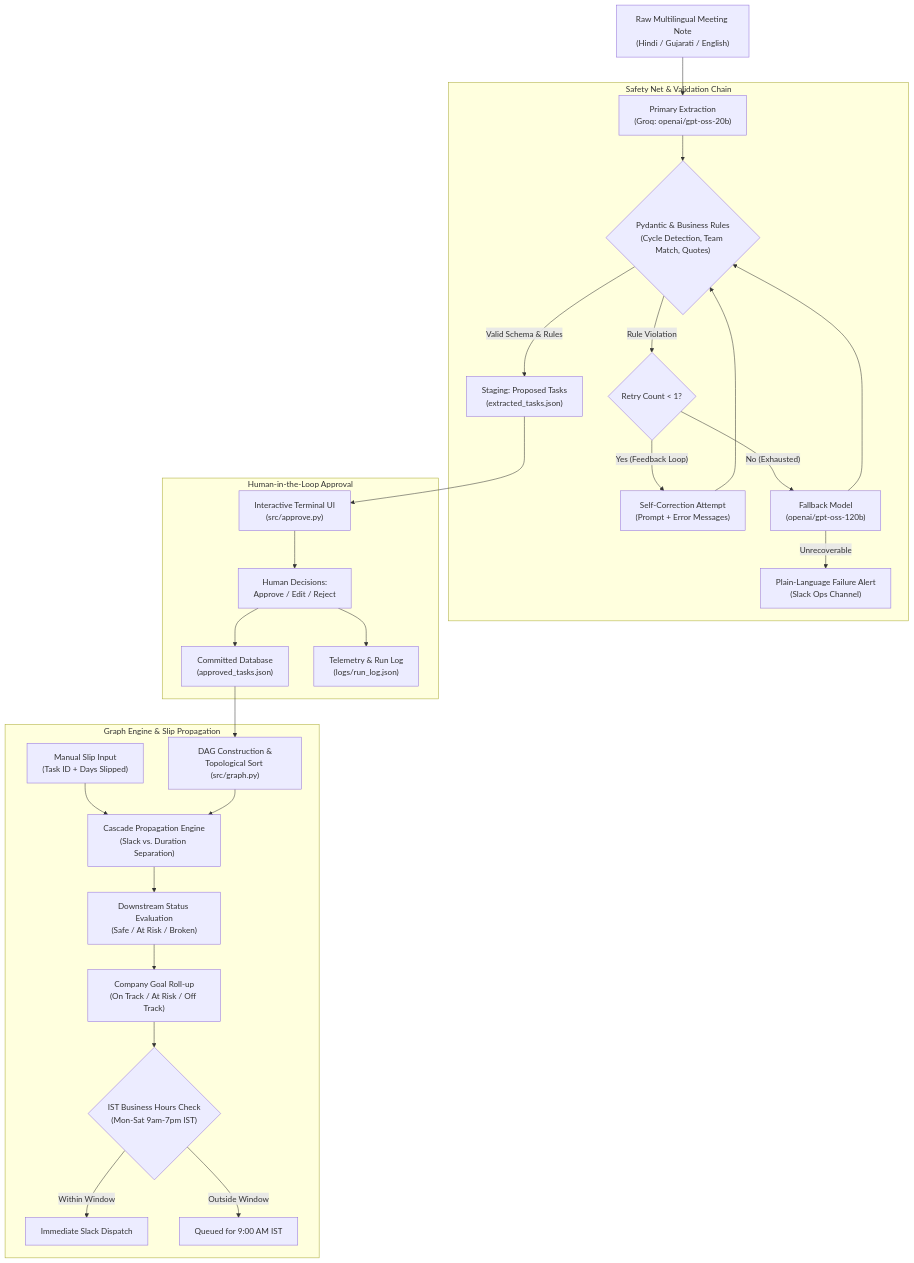
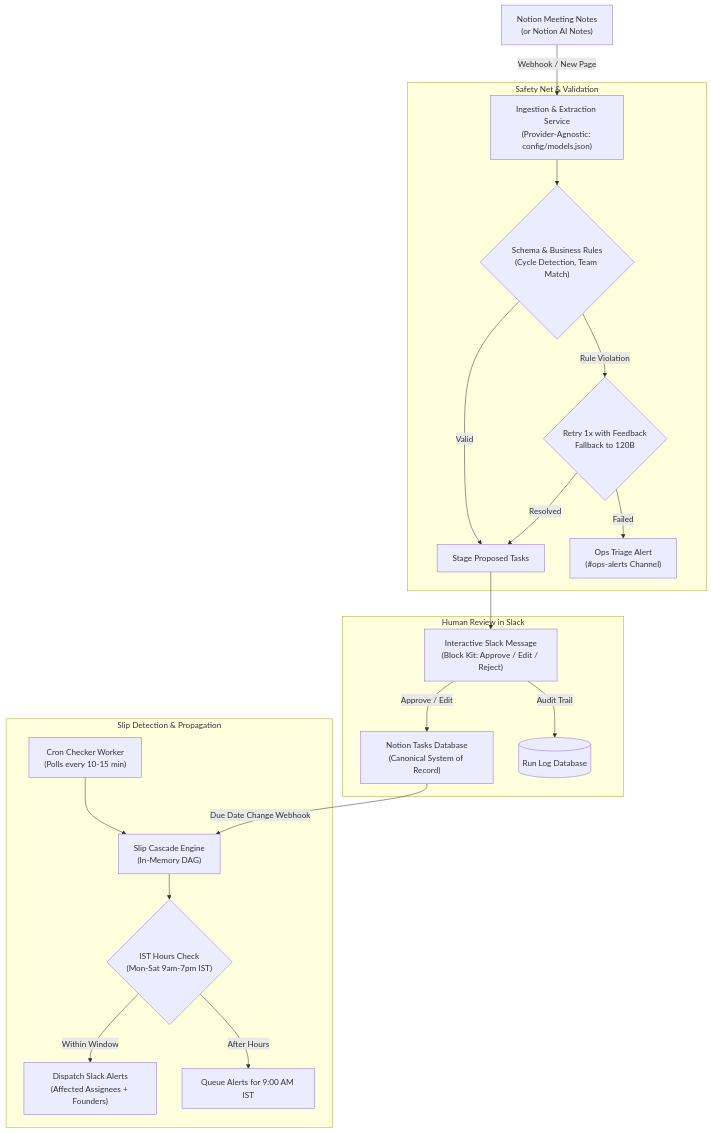
Before and after one commit to srijantelang-work/product: the first of 2 diagrams in BUILD_PLAN.md, drawn with Mermaid. The commit also changed other lines of this file, not shown here.

Commit message:
Plan: align build plan with brief requirements, production diagram, and runbook

````diff
--- a/BUILD_PLAN.md
+++ b/BUILD_PLAN.md
@@ -13,33 +12,26 @@
 ```mermaid
 flowchart TD
-    A["Raw Multilingual Meeting Note<br/>(Hindi / Gujarati / English)"] --> B["Primary Extraction<br/>(Groq: openai/gpt-oss-20b)"]
+    A["Notion Meeting Notes<br/>(or Notion AI Notes)"] -->|Webhook / New Page| B["Ingestion & Extraction Service<br/>(Provider-Agnostic: config/models.json)"]
     
-    subgraph S1["Safety Net & Validation Chain"]
-        B --> C{"Pydantic & Business Rules<br/>(Cycle Detection, Team Match, Quotes)"}
-        C -- "Valid Schema & Rules" --> G["Staging: Proposed Tasks<br/>(extracted_tasks.json)"]
-        C -- "Rule Violation" --> D{"Retry Count < 1?"}
-        D -- "Yes (Feedback Loop)" --> E["Self-Correction Attempt<br/>(Prompt + Error Messages)"]
-        E --> C
-        D -- "No (Exhausted)" --> F["Fallback Model<br/>(openai/gpt-oss-120b)"]
-        F --> C
-        F -- "Unrecoverable" --> ALERT["Plain-Language Failure Alert<br/>(Slack Ops Channel)"]
+    subgraph S1["Safety Net & Validation"]
+        B --> C{"Schema & Business Rules<br/>(Cycle Detection, Team Match)"}
+        C -- "Rule Violation" --> D{"Retry 1x with Feedback<br/>Fallback to 120B"}
+        D -- "Resolved" --> E["Stage Proposed Tasks"]
+        D -- "Failed" --> ERR["Ops Triage Alert<br/>(#ops-alerts Channel)"]
     end
 
-    subgraph S2["Human-in-the-Loop Approval"]
-        G --> H["Interactive Terminal UI<br/>(src/approve.py)"]
-        H --> I["Human Decisions:<br/>Approve / Edit / Reject"]
-        I --> J["Committed Database<br/>(approved_tasks.json)"]
-        I --> K["Telemetry & Run Log<br/>(logs/run_log.json)"]
+    subgraph S2["Human Review in Slack"]
+        C -- "Valid" --> E
+        E --> F["Interactive Slack Message<br/>(Block Kit: Approve / Edit / Reject)"]
+        F -->|Approve / Edit| G["Notion Tasks Database<br/>(Canonical System of Record)"]
+        F -->|Audit Trail| H[("Run Log Database")]
     end
 
-    subgraph S3["Graph Engine & Slip Propagation"]
-        J --> L["DAG Construction &<br/>Topological Sort (src/graph.py)"]
-        M["Manual Slip Input<br/>(Task ID + Days Slipped)"] --> N["Cascade Propagation Engine<br/>(Slack vs. Duration Separation)"]
-        L --> N
-        N --> O["Downstream Status Evaluation<br/>(Safe / At Risk / Broken)"]
-        O --> P["Company Goal Roll-up<br/>(On Track / At Risk / Off Track)"]
-        P --> Q{"IST Business Hours Check<br/>(Mon-Sat 9am-7pm IST)"}
-        Q -- "Within Window" --> R["Immediate Slack Dispatch"]
-        Q -- "Outside Window" --> S["Queued for 9:00 AM IST"]
+    subgraph S3["Slip Detection & Propagation"]
+        G -->|Due Date Change Webhook| I["Slip Cascade Engine<br/>(In-Memory DAG)"]
+        J["Cron Checker Worker<br/>(Polls every 10-15 min)"] --> I
+        I --> K{"IST Hours Check<br/>(Mon-Sat 9am-7pm IST)"}
+        K -- "Within Window" --> L["Dispatch Slack Alerts<br/>(Affected Assignees + Founders)"]
+        K -- "After Hours" --> M["Queue Alerts for 9:00 AM IST"]
     end
 ```
````
